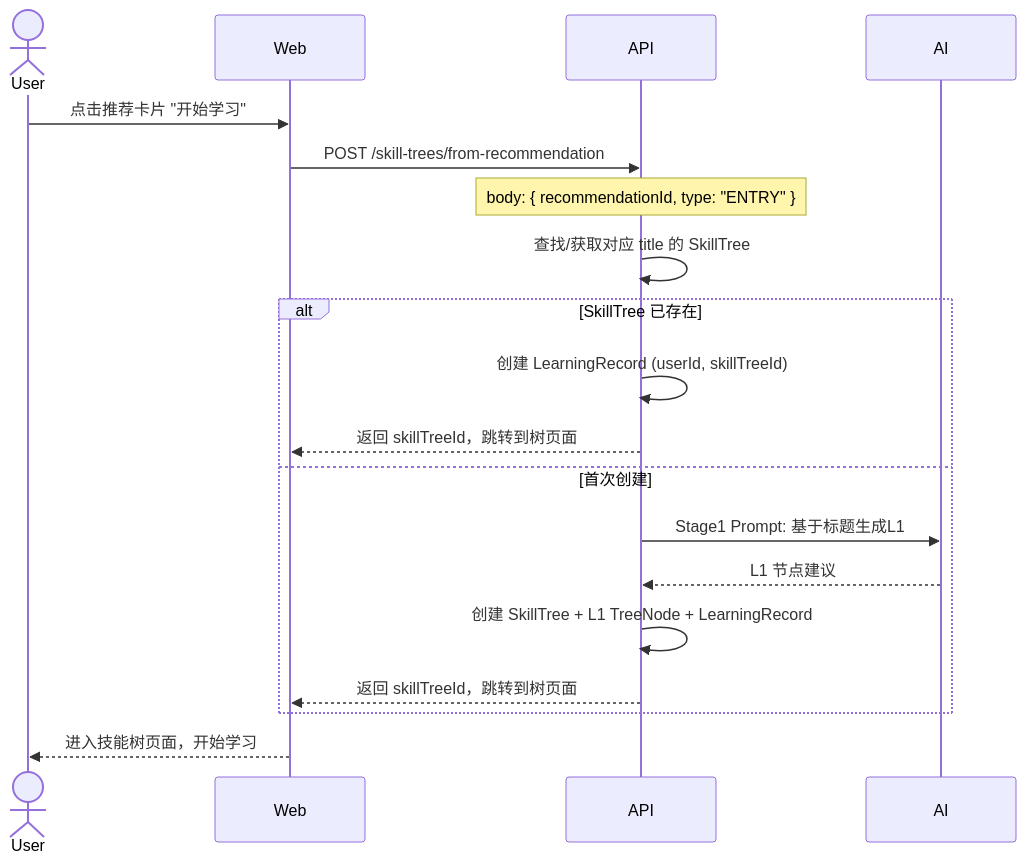
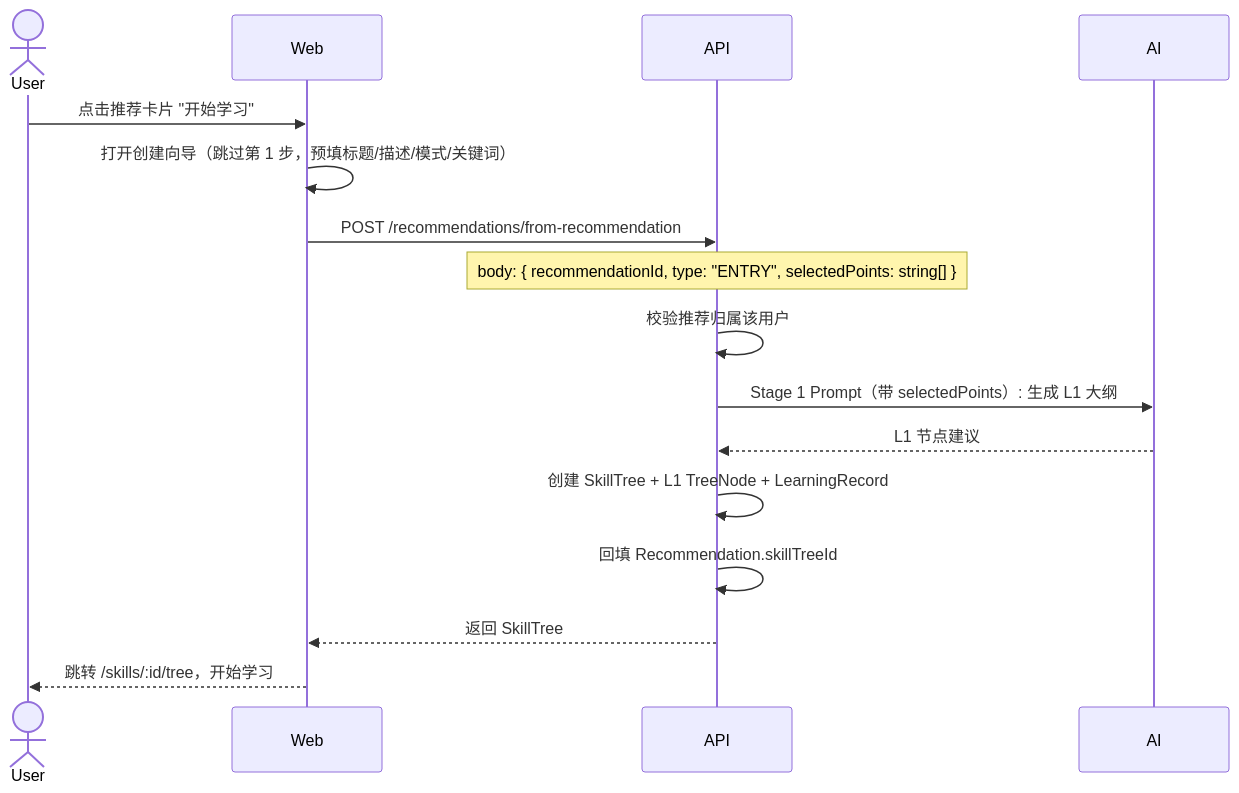
The fifth of 7 diagrams in docs/系统架构设计.md (SatomiKazeHiro/cogin-tree), drawn with Mermaid before and after one commit. The commit also changed other lines of this file and 2 other files, not shown here.

````diff
--- a/docs/系统架构设计.md
+++ b/docs/系统架构设计.md
@@ -556,22 +583,19 @@
 ```mermaid
 sequenceDiagram
     actor User
     participant Web
     participant API
     participant AI
 
     User->>Web: 点击推荐卡片 "开始学习"
-    Web->>API: POST /skill-trees/from-recommendation
-    Note over API: body: { recommendationId, type: "ENTRY" }
-    API->>API: 查找/获取对应 title 的 SkillTree
-    alt SkillTree 已存在
-        API->>API: 创建 LearningRecord (userId, skillTreeId)
-        API-->>Web: 返回 skillTreeId，跳转到树页面
-    else 首次创建
-        API->>AI: Stage1 Prompt: 基于标题生成L1
-        AI-->>API: L1 节点建议
-        API->>API: 创建 SkillTree + L1 TreeNode + LearningRecord
-        API-->>Web: 返回 skillTreeId，跳转到树页面
-    end
-    Web-->>User: 进入技能树页面，开始学习
+    Web->>Web: 打开创建向导（跳过第 1 步，预填标题/描述/模式/关键词）
+    Web->>API: POST /recommendations/from-recommendation
+    Note over API: body: { recommendationId, type: "ENTRY", selectedPoints: string[] }
+    API->>API: 校验推荐归属该用户
+    API->>AI: Stage 1 Prompt（带 selectedPoints）: 生成 L1 大纲
+    AI-->>API: L1 节点建议
+    API->>API: 创建 SkillTree + L1 TreeNode + LearningRecord
+    API->>API: 回填 Recommendation.skillTreeId
+    API-->>Web: 返回 SkillTree
+    Web-->>User: 跳转 /skills/:id/tree，开始学习
 ```
````
